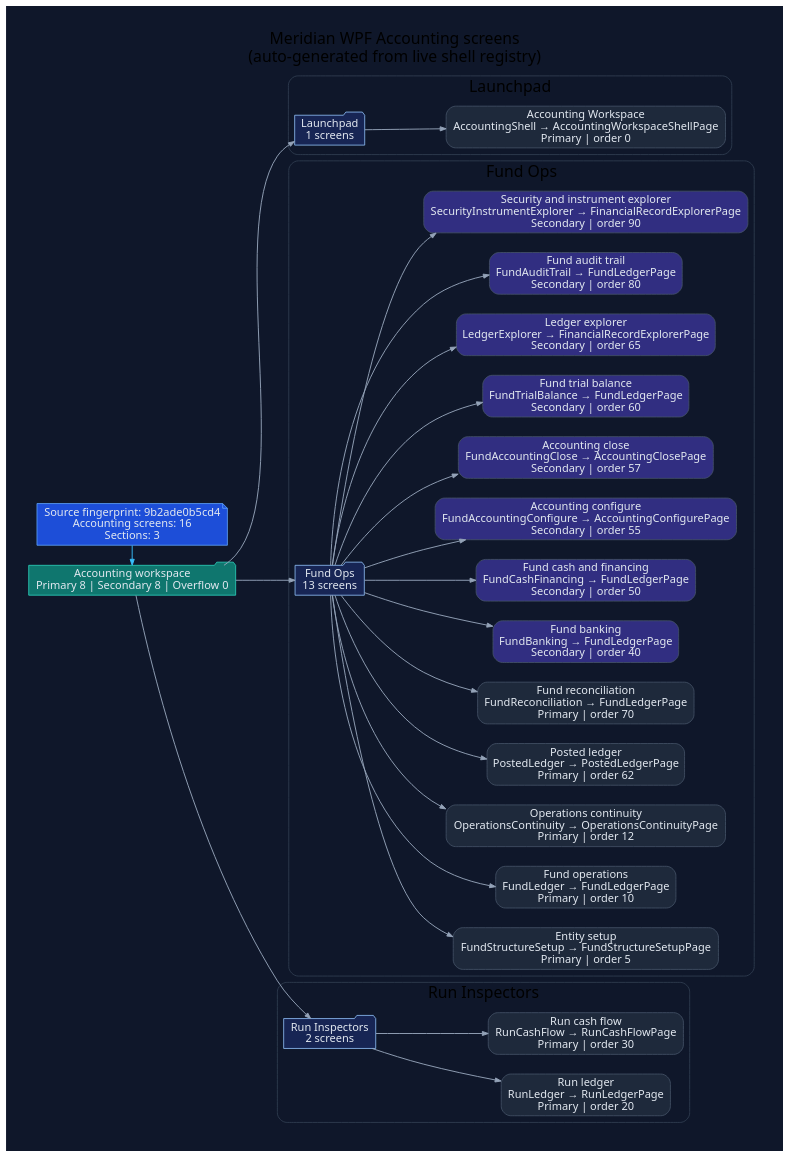
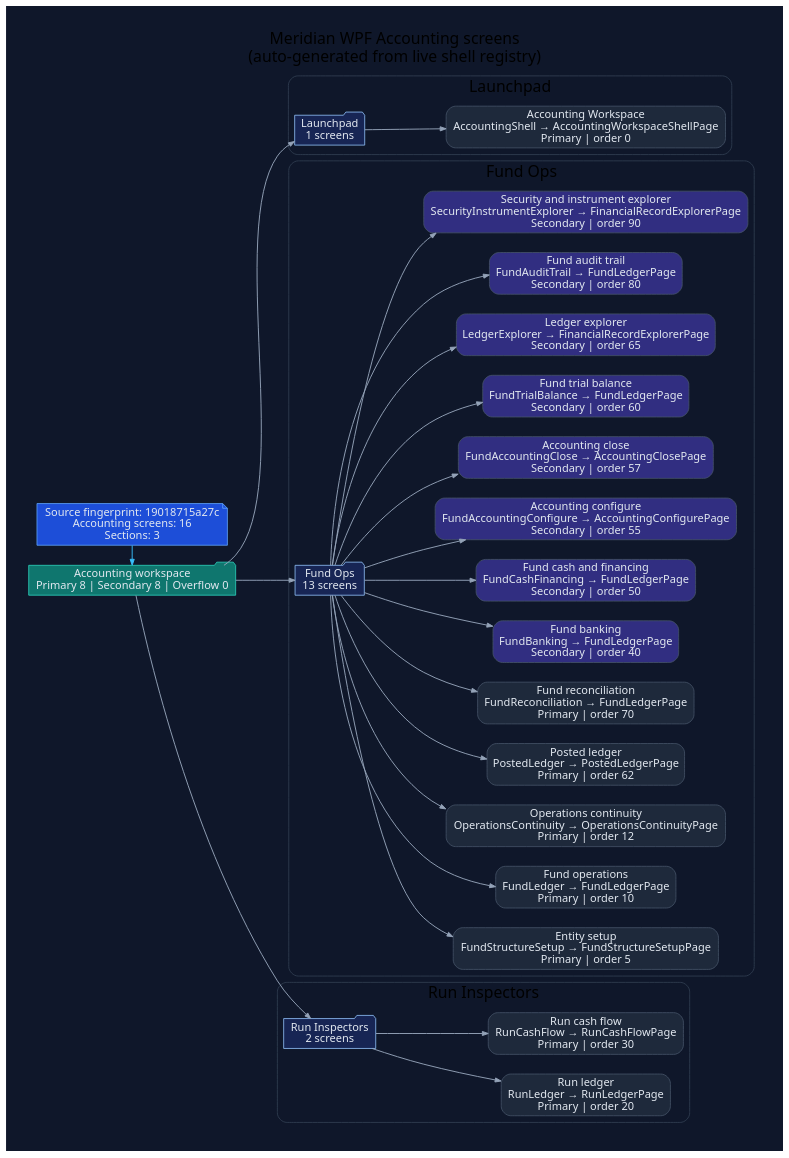
Before and after one commit to rodoHasArrived/Meridian-main: the diagram in docs/diagrams/ui/ui-wpf-screens-accounting.dot, drawn with Graphviz. The commit also changed 44 other files, not shown here.

```diff
--- a/docs/diagrams/ui/ui-wpf-screens-accounting.dot
+++ b/docs/diagrams/ui/ui-wpf-screens-accounting.dot
@@ -1,82 +1,82 @@
 // -----------------------------------------------------------------------------
 // <auto-generated>
 // Generated by scripts/generate-diagrams.mjs.
 // Do not edit this file directly; update the WPF source files instead.
 // -----------------------------------------------------------------------------
 digraph WpfAccountingScreens {
   graph [
     rankdir=LR,
     labelloc=t,
     label="Meridian WPF Accounting screens\n(auto-generated from live shell registry)",
     fontname="Segoe UI",
     fontsize=20,
     pad=0.4,
     nodesep=0.35,
     ranksep=0.85,
     bgcolor="#0f172a"
   ];
   node [fontname="Segoe UI", shape=box, style="rounded,filled", color="#475569", fontcolor="#e2e8f0", fillcolor="#1e293b"];
   edge [fontname="Segoe UI", color="#94a3b8", penwidth=1.2, arrowsize=0.75];
 
-  generated [shape=note, fillcolor="#1d4ed8", color="#60a5fa", label="Source fingerprint: 9b2ade0b5cd4\nAccounting screens: 16\nSections: 3"];
+  generated [shape=note, fillcolor="#1d4ed8", color="#60a5fa", label="Source fingerprint: 19018715a27c\nAccounting screens: 16\nSections: 3"];
   workspace [shape=folder, fillcolor="#0f766e", color="#2dd4bf", label="Accounting workspace\nPrimary 8 | Secondary 8 | Overflow 0"];
   generated -> workspace [color="#38bdf8"];
 
   subgraph cluster_section_1 {
     label="Launchpad";
     color="#334155";
     style="rounded";
     section_1 [shape=folder, fillcolor="#172554", color="#93c5fd", label="Launchpad\n1 screens"];
     workspace -> section_1;
     screen_AccountingShell [fillcolor="#1e293b", label="Accounting Workspace\nAccountingShell → AccountingWorkspaceShellPage\nPrimary | order 0"];
     section_1 -> screen_AccountingShell;
   }
 
   subgraph cluster_section_2 {
     label="Fund Ops";
     color="#334155";
     style="rounded";
     section_2 [shape=folder, fillcolor="#172554", color="#93c5fd", label="Fund Ops\n13 screens"];
     workspace -> section_2;
     screen_FundStructureSetup [fillcolor="#1e293b", label="Entity setup\nFundStructureSetup → FundStructureSetupPage\nPrimary | order 5"];
     section_2 -> screen_FundStructureSetup;
     screen_FundLedger [fillcolor="#1e293b", label="Fund operations\nFundLedger → FundLedgerPage\nPrimary | order 10"];
     section_2 -> screen_FundLedger;
     screen_OperationsContinuity [fillcolor="#1e293b", label="Operations continuity\nOperationsContinuity → OperationsContinuityPage\nPrimary | order 12"];
     section_2 -> screen_OperationsContinuity;
     screen_PostedLedger [fillcolor="#1e293b", label="Posted ledger\nPostedLedger → PostedLedgerPage\nPrimary | order 62"];
     section_2 -> screen_PostedLedger;
     screen_FundReconciliation [fillcolor="#1e293b", label="Fund reconciliation\nFundReconciliation → FundLedgerPage\nPrimary | order 70"];
     section_2 -> screen_FundReconciliation;
     screen_FundBanking [fillcolor="#312e81", label="Fund banking\nFundBanking → FundLedgerPage\nSecondary | order 40"];
     section_2 -> screen_FundBanking;
     screen_FundCashFinancing [fillcolor="#312e81", label="Fund cash and financing\nFundCashFinancing → FundLedgerPage\nSecondary | order 50"];
     section_2 -> screen_FundCashFinancing;
     screen_FundAccountingConfigure [fillcolor="#312e81", label="Accounting configure\nFundAccountingConfigure → AccountingConfigurePage\nSecondary | order 55"];
     section_2 -> screen_FundAccountingConfigure;
     screen_FundAccountingClose [fillcolor="#312e81", label="Accounting close\nFundAccountingClose → AccountingClosePage\nSecondary | order 57"];
     section_2 -> screen_FundAccountingClose;
     screen_FundTrialBalance [fillcolor="#312e81", label="Fund trial balance\nFundTrialBalance → FundLedgerPage\nSecondary | order 60"];
     section_2 -> screen_FundTrialBalance;
     screen_LedgerExplorer [fillcolor="#312e81", label="Ledger explorer\nLedgerExplorer → FinancialRecordExplorerPage\nSecondary | order 65"];
     section_2 -> screen_LedgerExplorer;
     screen_FundAuditTrail [fillcolor="#312e81", label="Fund audit trail\nFundAuditTrail → FundLedgerPage\nSecondary | order 80"];
     section_2 -> screen_FundAuditTrail;
     screen_SecurityInstrumentExplorer [fillcolor="#312e81", label="Security and instrument explorer\nSecurityInstrumentExplorer → FinancialRecordExplorerPage\nSecondary | order 90"];
     section_2 -> screen_SecurityInstrumentExplorer;
   }
 
   subgraph cluster_section_3 {
     label="Run Inspectors";
     color="#334155";
     style="rounded";
     section_3 [shape=folder, fillcolor="#172554", color="#93c5fd", label="Run Inspectors\n2 screens"];
     workspace -> section_3;
     screen_RunLedger [fillcolor="#1e293b", label="Run ledger\nRunLedger → RunLedgerPage\nPrimary | order 20"];
     section_3 -> screen_RunLedger;
     screen_RunCashFlow [fillcolor="#1e293b", label="Run cash flow\nRunCashFlow → RunCashFlowPage\nPrimary | order 30"];
     section_3 -> screen_RunCashFlow;
   }
 
   { rank=min; generated; workspace; }
 }
```
